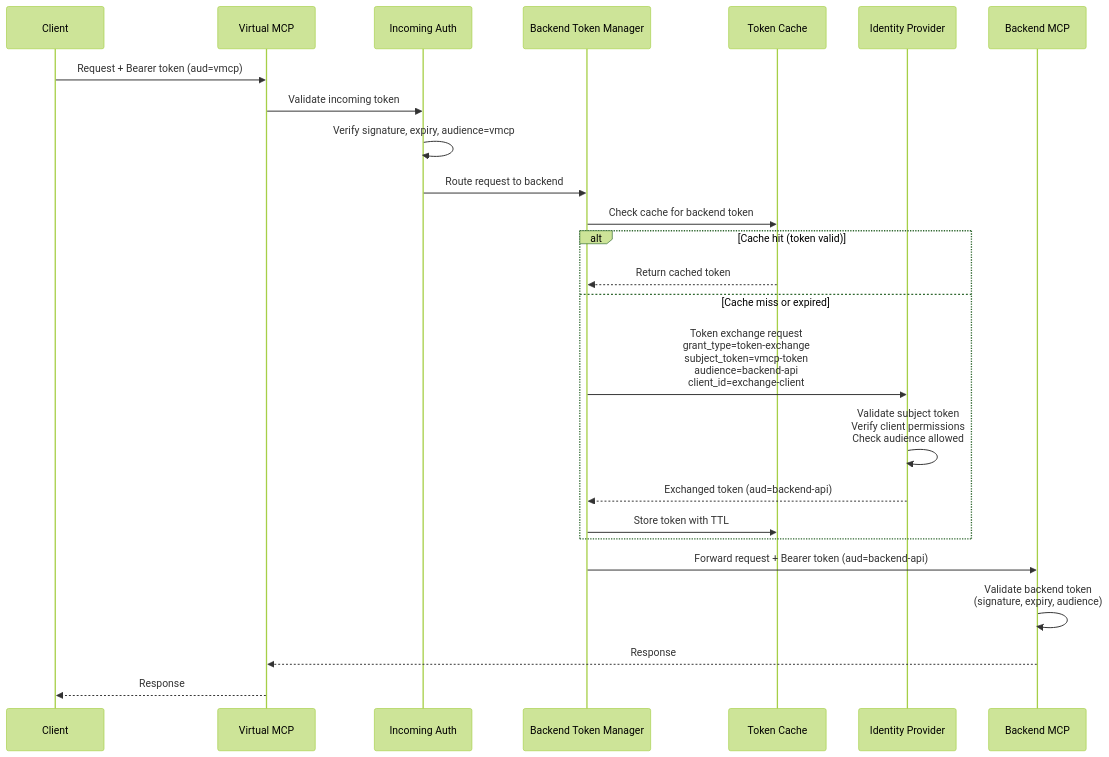
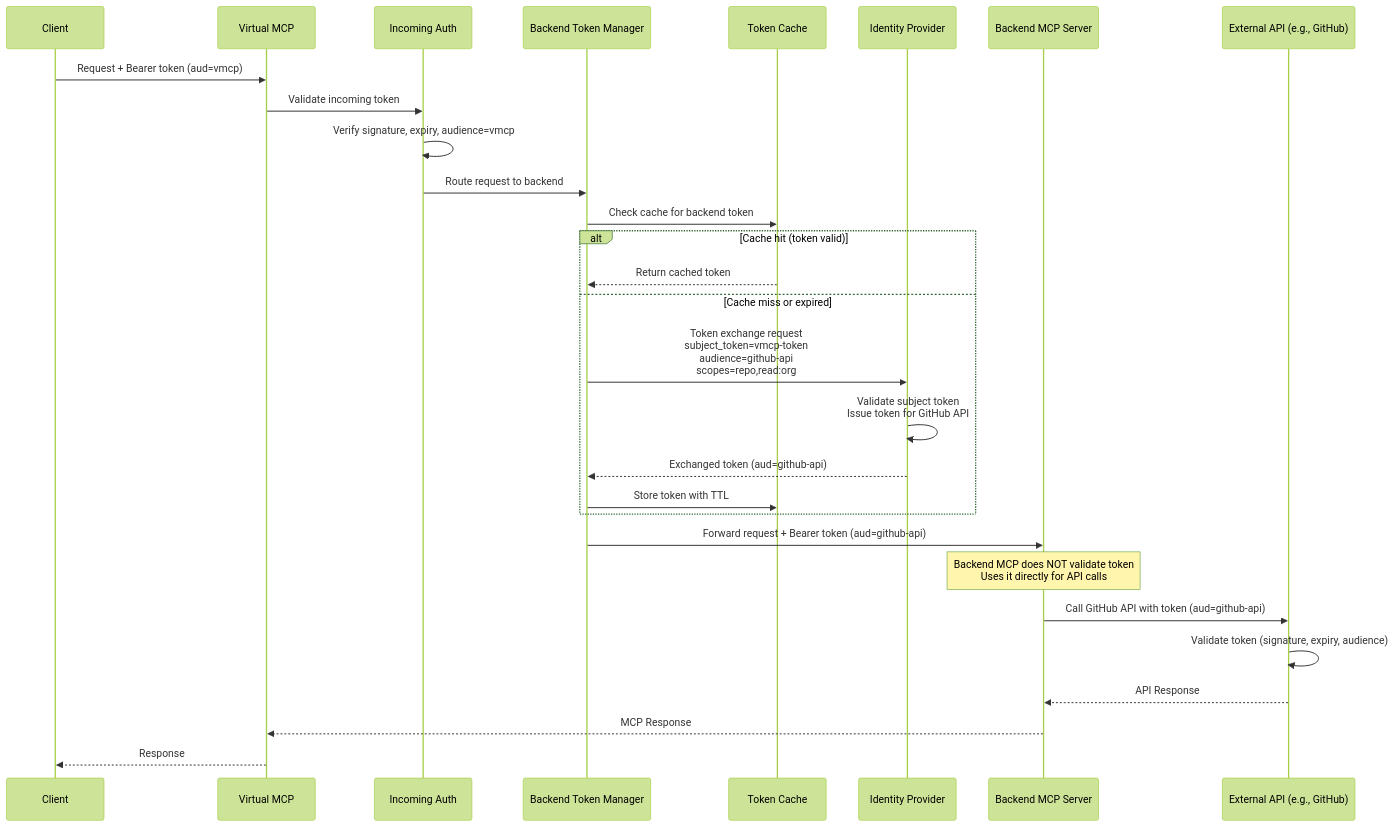
Before and after one commit to stacklok/toolhive: the third of 3 diagrams in docs/proposals/THV-2106-virtual-mcp-server.md, drawn with Mermaid (forest theme). The commit also changed other lines of this file, not shown here.

First line of the commit message:
Clarify Virtual MCP authentication boundaries and token flow

````diff
--- a/docs/proposals/THV-2106-virtual-mcp-server.md
+++ b/docs/proposals/THV-2106-virtual-mcp-server.md
@@ -218,30 +234,34 @@
 ```mermaid
 sequenceDiagram
     participant Client
     participant vMCP as Virtual MCP
     participant AuthMW as Incoming Auth
     participant TokenMgr as Backend Token Manager
     participant Cache as Token Cache
     participant IDP as Identity Provider
-    participant Backend as Backend MCP
+    participant BackendMCP as Backend MCP Server
+    participant API as External API (e.g., GitHub)
 
     Client->>vMCP: Request + Bearer token (aud=vmcp)
     vMCP->>AuthMW: Validate incoming token
     AuthMW->>AuthMW: Verify signature, expiry, audience=vmcp
     AuthMW->>TokenMgr: Route request to backend
     TokenMgr->>Cache: Check cache for backend token
 
     alt Cache hit (token valid)
         Cache-->>TokenMgr: Return cached token
     else Cache miss or expired
-        TokenMgr->>IDP: Token exchange request<br/>grant_type=token-exchange<br/>subject_token=vmcp-token<br/>audience=backend-api<br/>client_id=exchange-client
-        IDP->>IDP: Validate subject token<br/>Verify client permissions<br/>Check audience allowed
-        IDP-->>TokenMgr: Exchanged token (aud=backend-api)
+        TokenMgr->>IDP: Token exchange request<br/>subject_token=vmcp-token<br/>audience=github-api<br/>scopes=repo,read:org
+        IDP->>IDP: Validate subject token<br/>Issue token for GitHub API
+        IDP-->>TokenMgr: Exchanged token (aud=github-api)
         TokenMgr->>Cache: Store token with TTL
     end
 
-    TokenMgr->>Backend: Forward request + Bearer token (aud=backend-api)
-    Backend->>Backend: Validate backend token<br/>(signature, expiry, audience)
-    Backend-->>vMCP: Response
+    TokenMgr->>BackendMCP: Forward request + Bearer token (aud=github-api)
+    Note over BackendMCP: Backend MCP does NOT validate token<br/>Uses it directly for API calls
+    BackendMCP->>API: Call GitHub API with token (aud=github-api)
+    API->>API: Validate token (signature, expiry, audience)
+    API-->>BackendMCP: API Response
+    BackendMCP-->>vMCP: MCP Response
     vMCP-->>Client: Response
 ```
````
